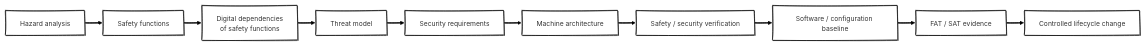
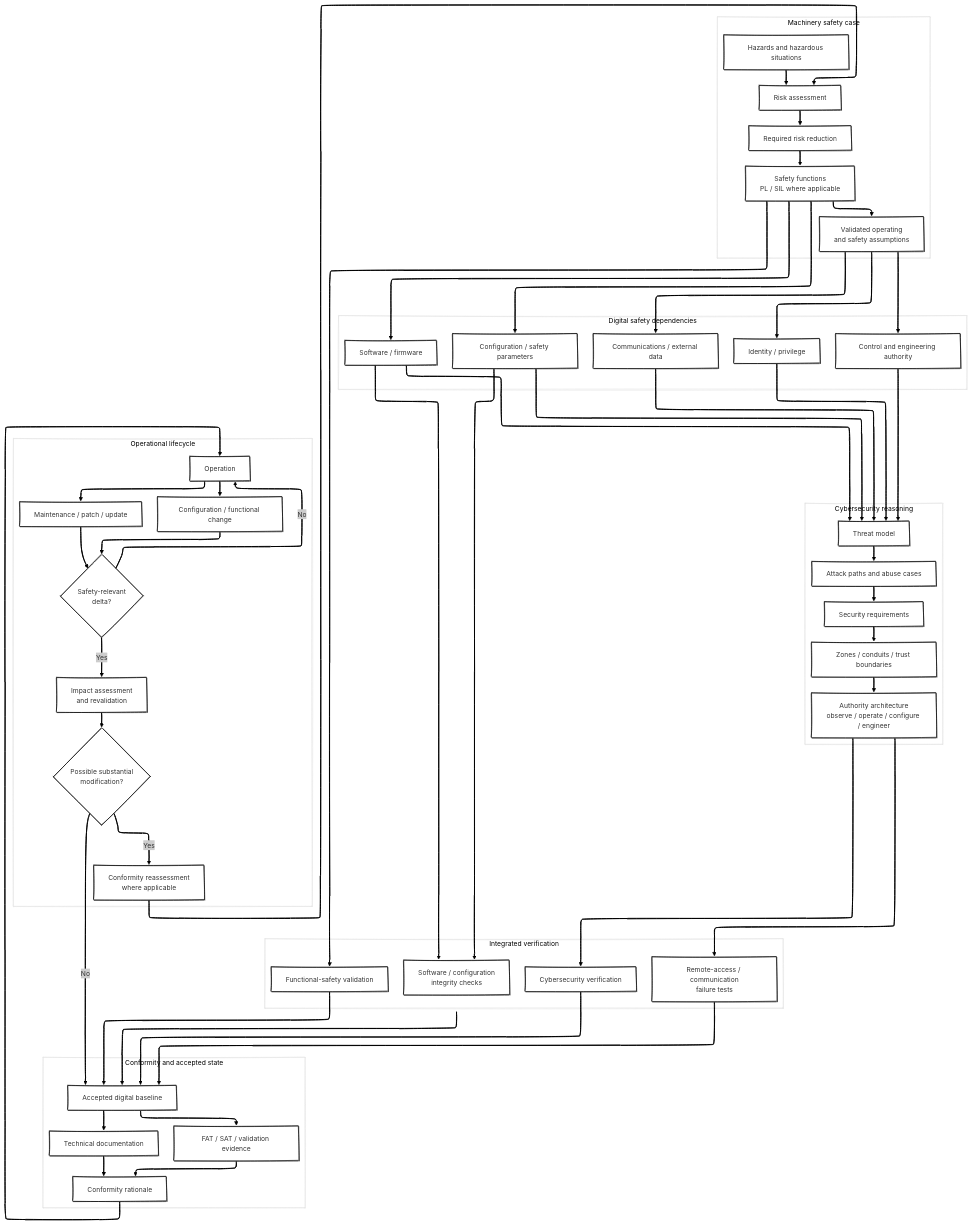
One commit to antomon/antomon.github.io changed the sixth of 6 diagrams in longforms/eu-machinery-regulation-2023-1230-cyber-physical-safety/index.qmd. Above: the diagram before and after it, drawn with Mermaid. The commit also changed other lines of this file and 55 other files, not shown here.

````diff
--- a/longforms/eu-machinery-regulation-2023-1230-cyber-physical-safety/index.qmd
+++ b/longforms/eu-machinery-regulation-2023-1230-cyber-physical-safety/index.qmd
@@ -603,17 +1305,104 @@
 ```{mermaid}
-%%| label: fig-integrated-safety-security-assurance-chain
-%%| fig-cap: "Integrated assurance chain linking machinery hazards, safety functions, digital dependencies, threat modelling, security requirements and lifecycle evidence."
-%%| fig-alt: "A left-to-right assurance chain from hazard analysis to safety functions, then their digital dependencies, a threat model against those dependencies, derived security requirements, machine architecture, combined safety and security verification, a software and configuration baseline, FAT and SAT evidence, and controlled lifecycle change."
+%%| label: fig-integrated-cyber-physical-assurance-model
+%%| fig-cap: "Integrated cyber-physical assurance model connecting machinery hazards, safety functions, digital dependencies, threat modelling, authority architecture, verification, conformity evidence and lifecycle change."
+%%| fig-alt: "The diagram begins with hazardous situations and risk assessment, leading to required safety functions and their validated operating assumptions. Those functions depend on software, configuration, communications, identities and control authority. Threat modelling identifies ways those dependencies can be corrupted or abused. Security requirements and authority boundaries are derived and implemented in the machine architecture. Functional-safety and cybersecurity verification feed an accepted software and configuration baseline and the conformity evidence. During operation, patches, maintenance and modifications are assessed against the baseline. Safety-relevant changes loop back to risk assessment and revalidation, while potentially substantial modifications trigger conformity reassessment."
 %%| fig-align: center
 %%{init: {"theme": "neo", "look": "handDrawn", "layout": "elk"}}%%
-flowchart LR
-    A[Hazard analysis] --> B[Safety functions]
-    B --> C[Digital dependencies<br/>of safety functions]
-    C --> D[Threat model]
-    D --> E[Security requirements]
-    E --> F[Machine architecture]
-    F --> G[Safety / security verification]
-    G --> H[Software / configuration baseline]
-    H --> I[FAT / SAT evidence]
-    I --> J[Controlled lifecycle change]
+flowchart TB
+
+    subgraph SAFETY["Machinery safety case"]
+        A[Hazards and hazardous situations]
+        B[Risk assessment]
+        C[Required risk reduction]
+        D[Safety functions<br/>PL / SIL where applicable]
+        E[Validated operating<br/>and safety assumptions]
+    end
+
+    subgraph DEP["Digital safety dependencies"]
+        F[Software / firmware]
+        G[Configuration / safety parameters]
+        H[Communications / external data]
+        I[Identity / privilege]
+        J[Control and engineering authority]
+    end
+
+    subgraph CYBER["Cybersecurity reasoning"]
+        K[Threat model]
+        L[Attack paths and abuse cases]
+        M[Security requirements]
+        N[Zones / conduits / trust boundaries]
+        O[Authority architecture<br/>observe / operate / configure / engineer]
+    end
+
+    subgraph VERIFY["Integrated verification"]
+        P[Functional-safety validation]
+        Q[Cybersecurity verification]
+        R[Remote-access / communication<br/>failure tests]
+        S[Software / configuration<br/>integrity checks]
+    end
+
+    subgraph ASSURE["Conformity and accepted state"]
+        T[Accepted digital baseline]
+        U[Technical documentation]
+        V[FAT / SAT / validation evidence]
+        W[Conformity rationale]
+    end
+
+    subgraph LIFE["Operational lifecycle"]
+        X[Operation]
+        Y[Maintenance / patch / update]
+        Z[Configuration / functional change]
+        AA{Safety-relevant<br/>delta?}
+        AB[Impact assessment<br/>and revalidation]
+        AC{Possible substantial<br/>modification?}
+        AD[Conformity reassessment<br/>where applicable]
+    end
+
+    A --> B --> C --> D --> E
+
+    D --> F
+    D --> G
+    E --> H
+    E --> I
+    E --> J
+
+    F --> K
+    G --> K
+    H --> K
+    I --> K
+    J --> K
+
+    K --> L --> M
+    M --> N --> O
+
+    D --> P
+    O --> Q
+    O --> R
+    F --> S
+    G --> S
+
+    P --> T
+    Q --> T
+    R --> T
+    S --> T
+
+    T --> U
+    T --> V
+    U --> W
+    V --> W
+
+    W --> X
+    X --> Y
+    X --> Z
+
+    Y --> AA
+    Z --> AA
+
+    AA -->|No| X
+    AA -->|Yes| AB
+    AB --> AC
+
+    AC -->|No| T
+    AC -->|Yes| AD
+    AD --> B
 ```
````
